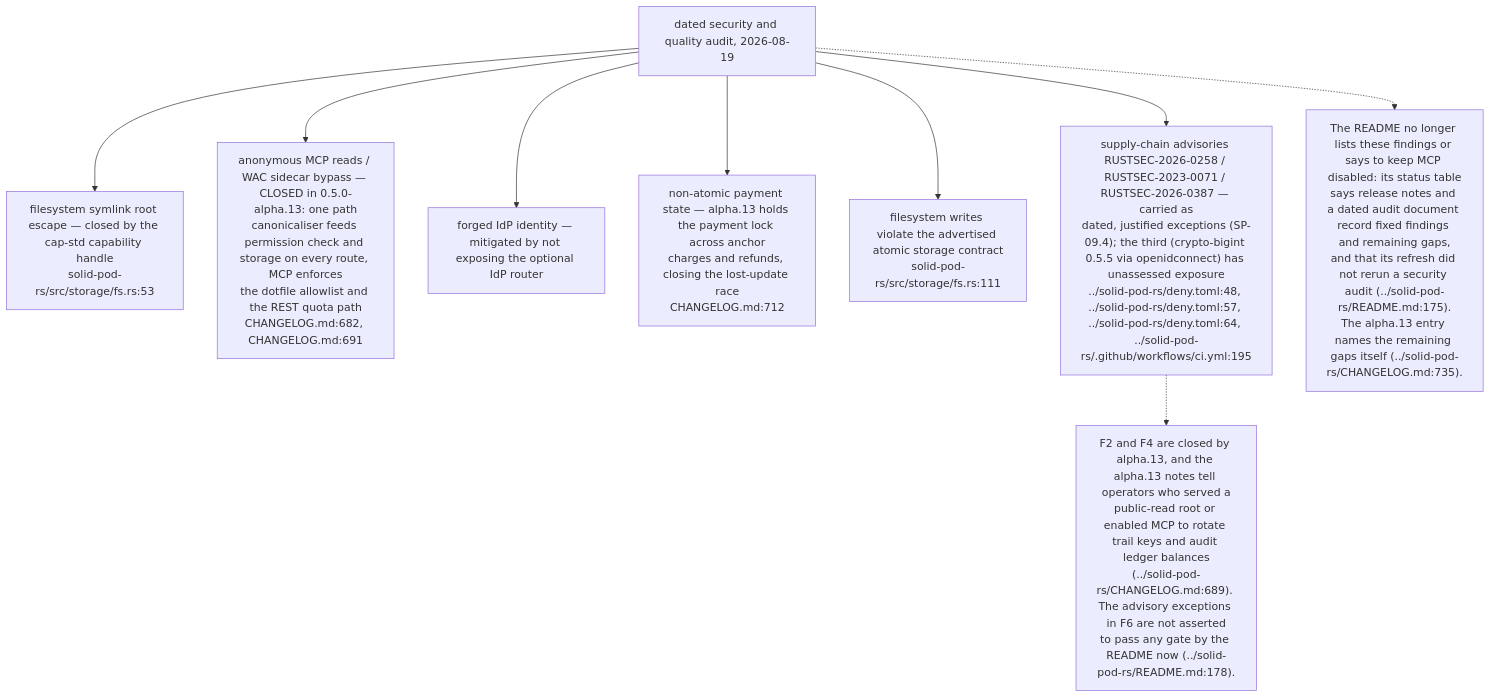
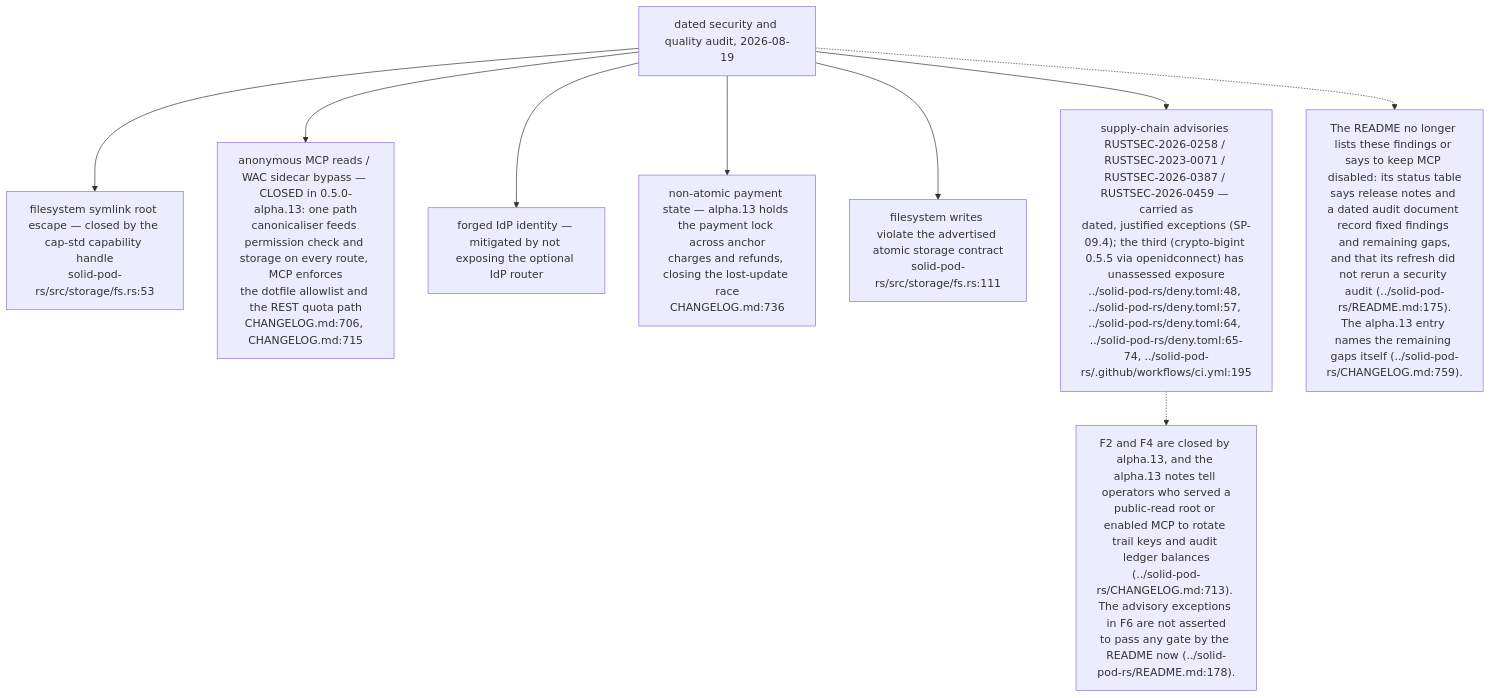
The eighth of 12 diagrams in docs/diagrams/solid-pod-rs/10-failure-modes-and-invariants.md (DreamLab-AI/VisionFlow), drawn with Mermaid before and after one commit. The commit also changed other lines of this file and 48 other files, not shown here.

Commit message:
docs: reconcile estate repairs and first diagram refresh batch

````diff
--- a/docs/diagrams/solid-pod-rs/10-failure-modes-and-invariants.md
+++ b/docs/diagrams/solid-pod-rs/10-failure-modes-and-invariants.md
@@ -245,22 +245,22 @@
 ```mermaid
 flowchart TD
     A["dated security and quality audit, 2026-08-19"]
     F1["filesystem symlink root escape — closed by the cap-std capability handle<br/>solid-pod-rs/src/storage/fs.rs:53"]
-    F2["anonymous MCP reads / WAC sidecar bypass — CLOSED in 0.5.0-alpha.13: one path<br/>canonicaliser feeds permission check and storage on every route, MCP enforces<br/>the dotfile allowlist and the REST quota path<br/>CHANGELOG.md:682, CHANGELOG.md:691"]
+    F2["anonymous MCP reads / WAC sidecar bypass — CLOSED in 0.5.0-alpha.13: one path<br/>canonicaliser feeds permission check and storage on every route, MCP enforces<br/>the dotfile allowlist and the REST quota path<br/>CHANGELOG.md:706, CHANGELOG.md:715"]
     F3["forged IdP identity — mitigated by not exposing the optional IdP router"]
-    F4["non-atomic payment state — alpha.13 holds the payment lock across anchor<br/>charges and refunds, closing the lost-update race<br/>CHANGELOG.md:712"]
+    F4["non-atomic payment state — alpha.13 holds the payment lock across anchor<br/>charges and refunds, closing the lost-update race<br/>CHANGELOG.md:736"]
     F5["filesystem writes violate the advertised atomic storage contract<br/>solid-pod-rs/src/storage/fs.rs:111"]
-    F6["supply-chain advisories RUSTSEC-2026-0258 / RUSTSEC-2023-0071 / RUSTSEC-2026-0387 — carried as<br/>dated, justified exceptions (SP-09.4); the third (crypto-bigint 0.5.5 via openidconnect) has unassessed exposure<br/>../solid-pod-rs/deny.toml:48, ../solid-pod-rs/deny.toml:57, ../solid-pod-rs/deny.toml:64, ../solid-pod-rs/.github/workflows/ci.yml:195"]
+    F6["supply-chain advisories RUSTSEC-2026-0258 / RUSTSEC-2023-0071 / RUSTSEC-2026-0387 / RUSTSEC-2026-0459 — carried as<br/>dated, justified exceptions (SP-09.4); the third (crypto-bigint 0.5.5 via openidconnect) has unassessed exposure<br/>../solid-pod-rs/deny.toml:48, ../solid-pod-rs/deny.toml:57, ../solid-pod-rs/deny.toml:64, ../solid-pod-rs/deny.toml:65-74, ../solid-pod-rs/.github/workflows/ci.yml:195"]
 
     A --> F1
     A --> F2
     A --> F3
     A --> F4
     A --> F5
     A --> F6
 
-    N["The README no longer lists these findings or says to keep MCP disabled: its status table<br/>says release notes and a dated audit document record fixed findings and remaining gaps,<br/>and that its refresh did not rerun a security audit (../solid-pod-rs/README.md:175).<br/>The alpha.13 entry names the remaining gaps itself (../solid-pod-rs/CHANGELOG.md:735)."]
+    N["The README no longer lists these findings or says to keep MCP disabled: its status table<br/>says release notes and a dated audit document record fixed findings and remaining gaps,<br/>and that its refresh did not rerun a security audit (../solid-pod-rs/README.md:175).<br/>The alpha.13 entry names the remaining gaps itself (../solid-pod-rs/CHANGELOG.md:759)."]
     A -.-> N
-    N2["F2 and F4 are closed by alpha.13, and the alpha.13 notes tell operators who served a<br/>public-read root or enabled MCP to rotate trail keys and audit ledger balances<br/>(../solid-pod-rs/CHANGELOG.md:689). The advisory exceptions in F6 are not asserted<br/>to pass any gate by the README now (../solid-pod-rs/README.md:178)."]
+    N2["F2 and F4 are closed by alpha.13, and the alpha.13 notes tell operators who served a<br/>public-read root or enabled MCP to rotate trail keys and audit ledger balances<br/>(../solid-pod-rs/CHANGELOG.md:713). The advisory exceptions in F6 are not asserted<br/>to pass any gate by the README now (../solid-pod-rs/README.md:178)."]
     F6 -.-> N2
 ```
````
